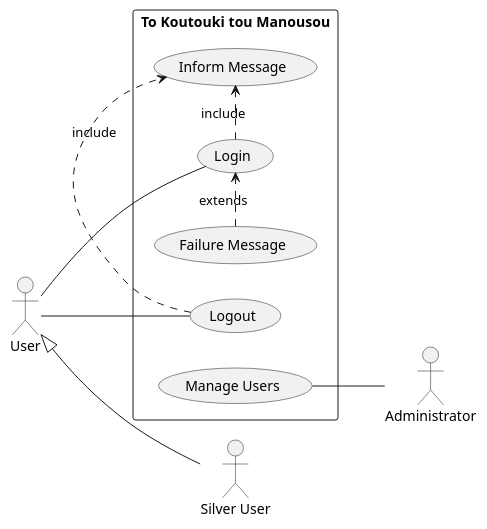
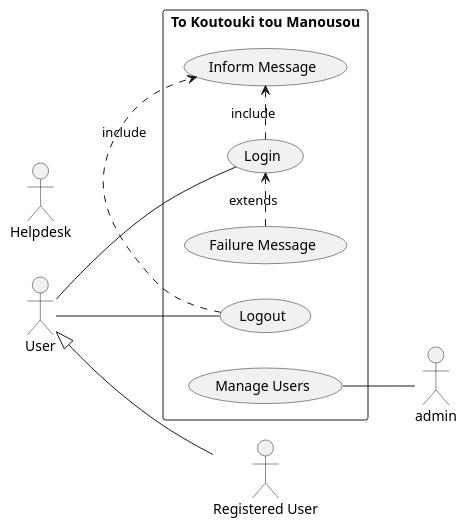
The diagram in use-case.puml (softwareDesign24/collaborateUML-ucd), drawn with PlantUML before and after one commit.

```diff
--- a/use-case.puml
+++ b/use-case.puml
@@ -1,45 +1,84 @@
 @startuml
 
 left to right direction
 
 actor "User" as usr
-actor "Silver User" as s_usr
-actor "Administrator" as admin
+actor "Helpdesk" as hlpdsk
+actor "Registered User" as r_usr
+usr <|-- r_usr
 
 rectangle "To Koutouki tou Manousou" {
   usecase "Login" as UC1
   usecase "Logout" as UC2
   usecase "Manage Users" as UC3
   usecase "Inform Message" as UC4
   usecase "Failure Message" as UC5
+
+
+
+
+
+
+
+
+
+
+
+
+
+
+
+
+
 }
 
 usr -- UC1
 usr -- UC2
 admin -up- UC3
 
+
+
+
+
+
+
+
+
+
+
+
+
+
+
+
+
+
+
+
+
+
 UC1 .> UC4 : include
 UC2 .> UC4 : include
 UC5 .> UC1 : extends
 
-usr <|-- s_usr
+
 
 
 
 
 
 
 
 
 
 
 
 
 
 
 
 
 
 
 
 @enduml
```
